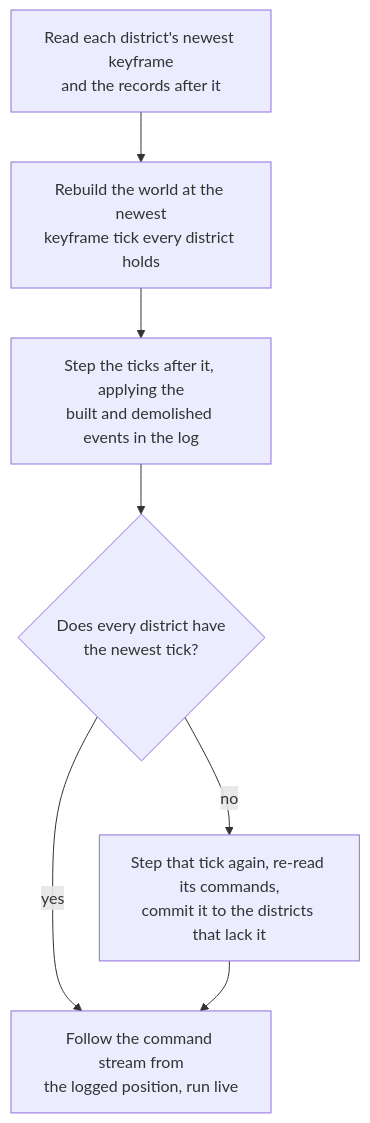
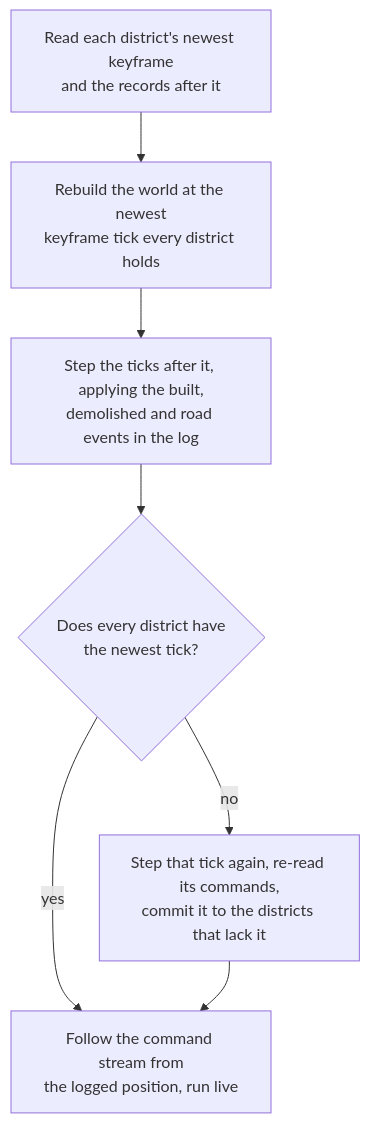
Before and after one commit to GetFelix/felix-metro: the second of 3 diagrams in docs/design.md, drawn with Mermaid. The commit also changed other lines of this file and 59 other files, not shown here.

````diff
--- a/docs/design.md
+++ b/docs/design.md
@@ -132,9 +133,9 @@
 ```mermaid
 flowchart TD
     A["Read each district's newest keyframe<br/>and the records after it"] --> B["Rebuild the world at the newest<br/>keyframe tick every district holds"]
-    B --> C["Step the ticks after it, applying the<br/>built and demolished events in the log"]
+    B --> C["Step the ticks after it, applying the built,<br/>demolished and road events in the log"]
     C --> D{"Does every district have<br/>the newest tick?"}
     D -- yes --> F["Follow the command stream from<br/>the logged position, run live"]
     D -- no --> E["Step that tick again, re-read its commands,<br/>commit it to the districts that lack it"]
     E --> F
 ```
````
